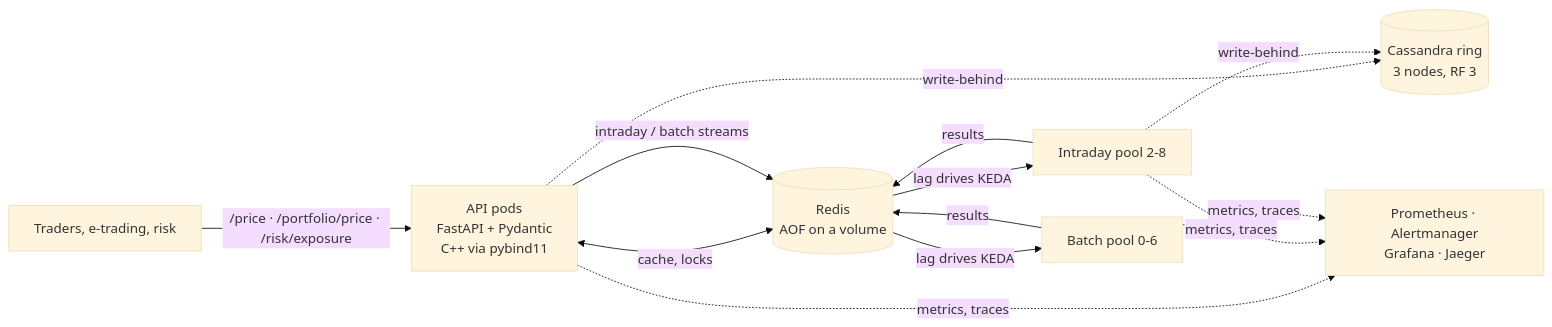
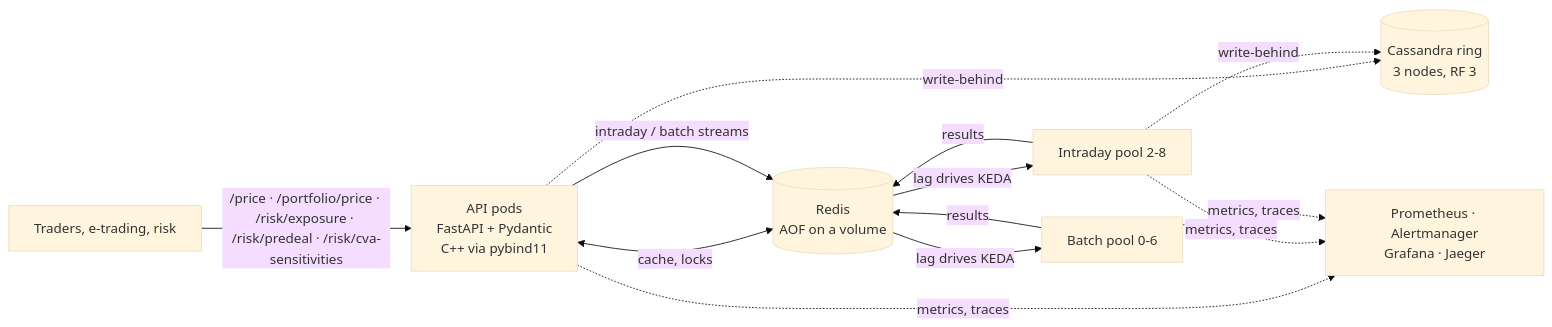
Before and after one commit to SukhmanAulakh18/distributed-pricing-service: the diagram in README.md, drawn with Mermaid (base theme). The commit also changed other lines of this file and 11 other files, not shown here.

````diff
--- a/README.md
+++ b/README.md
@@ -64,12 +66,12 @@
 ```mermaid
 flowchart LR
-  C[Traders, e-trading, risk] -->|/price · /portfolio/price · /risk/exposure| API[API pods<br/>FastAPI + Pydantic<br/>C++ via pybind11]
+  C[Traders, e-trading, risk] -->|/price · /portfolio/price · /risk/exposure · /risk/predeal · /risk/cva-sensitivities| API[API pods<br/>FastAPI + Pydantic<br/>C++ via pybind11]
   API <-->|cache, locks| R[(Redis<br/>AOF on a volume)]
   API -->|intraday / batch streams| R
   R -->|lag drives KEDA| WI[Intraday pool 2-8]
   R -->|lag drives KEDA| WB[Batch pool 0-6]
   WI & WB -->|results| R
   API -. write-behind .-> CS[(Cassandra ring<br/>3 nodes, RF 3)]
   WI -. write-behind .-> CS
   API & WI & WB -. metrics, traces .-> O[Prometheus · Alertmanager<br/>Grafana · Jaeger]
 ```
````
